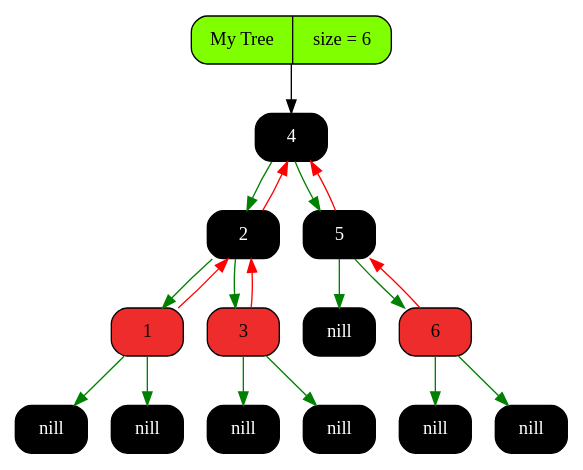
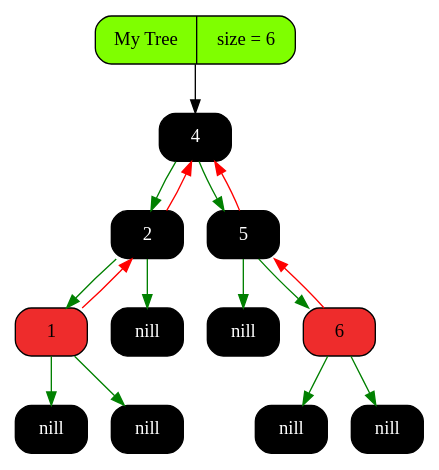
The diagram in graphics/graph.dot (Pelmeshka127/RedBlackTree), drawn with Graphviz before and after one commit. The commit also changed 6 other files, not shown here.

```diff
--- a/graphics/graph.dot
+++ b/graphics/graph.dot
@@ -1,38 +1,33 @@
 digraph Tree
 {
    rankdir = HR;
    node[fontsize=14];
    edge[color="black",fontcolor="blue",fontsize=12];
    tree[shape = Mrecord, style = filled, fillcolor = "chartreuse1", label = "My Tree | size = 6"];
-   "0x145804080"[shape = Mrecord, style = filled, fontcolor = "white", fillcolor = "black",   label = " <value> 4"];
-  "0x145804080" -> "0x144704080" [color = "green"];
-  "0x144704080" -> "0x145804080" [color = "red"];
-  "0x145804080" -> "0x144606750" [color = "green"];
-  "0x144606750" -> "0x145804080" [color = "red"];
-   "0x144704080"[shape = Mrecord, style = filled, fontcolor = "white", fillcolor = "black",   label = " <value> 2"];
-  "0x144704080" -> "0x145804170" [color = "green"];
-  "0x145804170" -> "0x144704080" [color = "red"];
-  "0x144704080" -> "0x145904170" [color = "green"];
-  "0x145904170" -> "0x144704080" [color = "red"];
-  "0x145804170"[shape = Mrecord, style = filled, fillcolor = "firebrick2",   label = " <value> 1"];
-   "0x145804170left"[shape = Mrecord, style = filled, fontcolor = "white", fillcolor = "black",   label = " <value> nill"];
-  "0x145804170" -> "0x145804170left" [color = "green"];
-   "0x145804170right"[shape = Mrecord, style = filled, fontcolor = "white", fillcolor = "black",   label = " <value> nill"];
-  "0x145804170" -> "0x145804170right" [color = "green"];
-  "0x145904170"[shape = Mrecord, style = filled, fillcolor = "firebrick2",   label = " <value> 3"];
-   "0x145904170left"[shape = Mrecord, style = filled, fontcolor = "white", fillcolor = "black",   label = " <value> nill"];
-  "0x145904170" -> "0x145904170left" [color = "green"];
-   "0x145904170right"[shape = Mrecord, style = filled, fontcolor = "white", fillcolor = "black",   label = " <value> nill"];
-  "0x145904170" -> "0x145904170right" [color = "green"];
-   "0x144606750"[shape = Mrecord, style = filled, fontcolor = "white", fillcolor = "black",   label = " <value> 5"];
-   "0x144606750left"[shape = Mrecord, style = filled, fontcolor = "white", fillcolor = "black",   label = " <value> nill"];
-  "0x144606750" -> "0x144606750left" [color = "green"];
-  "0x144606750" -> "0x145904080" [color = "green"];
-  "0x145904080" -> "0x144606750" [color = "red"];
-  "0x145904080"[shape = Mrecord, style = filled, fillcolor = "firebrick2",   label = " <value> 6"];
-   "0x145904080left"[shape = Mrecord, style = filled, fontcolor = "white", fillcolor = "black",   label = " <value> nill"];
-  "0x145904080" -> "0x145904080left" [color = "green"];
-   "0x145904080right"[shape = Mrecord, style = filled, fontcolor = "white", fillcolor = "black",   label = " <value> nill"];
-  "0x145904080" -> "0x145904080right" [color = "green"];
-   tree -> "0x145804080" [color = "gray0"];
+   "0x154804080"[shape = Mrecord, style = filled, fontcolor = "white", fillcolor = "black",   label = " <value> 4"];
+  "0x154804080" -> "0x153704080" [color = "green"];
+  "0x153704080" -> "0x154804080" [color = "red"];
+  "0x154804080" -> "0x153606750" [color = "green"];
+  "0x153606750" -> "0x154804080" [color = "red"];
+   "0x153704080"[shape = Mrecord, style = filled, fontcolor = "white", fillcolor = "black",   label = " <value> 2"];
+  "0x153704080" -> "0x154804170" [color = "green"];
+  "0x154804170" -> "0x153704080" [color = "red"];
+   "0x153704080right"[shape = Mrecord, style = filled, fontcolor = "white", fillcolor = "black",   label = " <value> nill"];
+  "0x153704080" -> "0x153704080right" [color = "green"];
+  "0x154804170"[shape = Mrecord, style = filled, fillcolor = "firebrick2",   label = " <value> 1"];
+   "0x154804170left"[shape = Mrecord, style = filled, fontcolor = "white", fillcolor = "black",   label = " <value> nill"];
+  "0x154804170" -> "0x154804170left" [color = "green"];
+   "0x154804170right"[shape = Mrecord, style = filled, fontcolor = "white", fillcolor = "black",   label = " <value> nill"];
+  "0x154804170" -> "0x154804170right" [color = "green"];
+   "0x153606750"[shape = Mrecord, style = filled, fontcolor = "white", fillcolor = "black",   label = " <value> 5"];
+   "0x153606750left"[shape = Mrecord, style = filled, fontcolor = "white", fillcolor = "black",   label = " <value> nill"];
+  "0x153606750" -> "0x153606750left" [color = "green"];
+  "0x153606750" -> "0x153606840" [color = "green"];
+  "0x153606840" -> "0x153606750" [color = "red"];
+  "0x153606840"[shape = Mrecord, style = filled, fillcolor = "firebrick2",   label = " <value> 6"];
+   "0x153606840left"[shape = Mrecord, style = filled, fontcolor = "white", fillcolor = "black",   label = " <value> nill"];
+  "0x153606840" -> "0x153606840left" [color = "green"];
+   "0x153606840right"[shape = Mrecord, style = filled, fontcolor = "white", fillcolor = "black",   label = " <value> nill"];
+  "0x153606840" -> "0x153606840right" [color = "green"];
+   tree -> "0x154804080" [color = "gray0"];
 }
```
